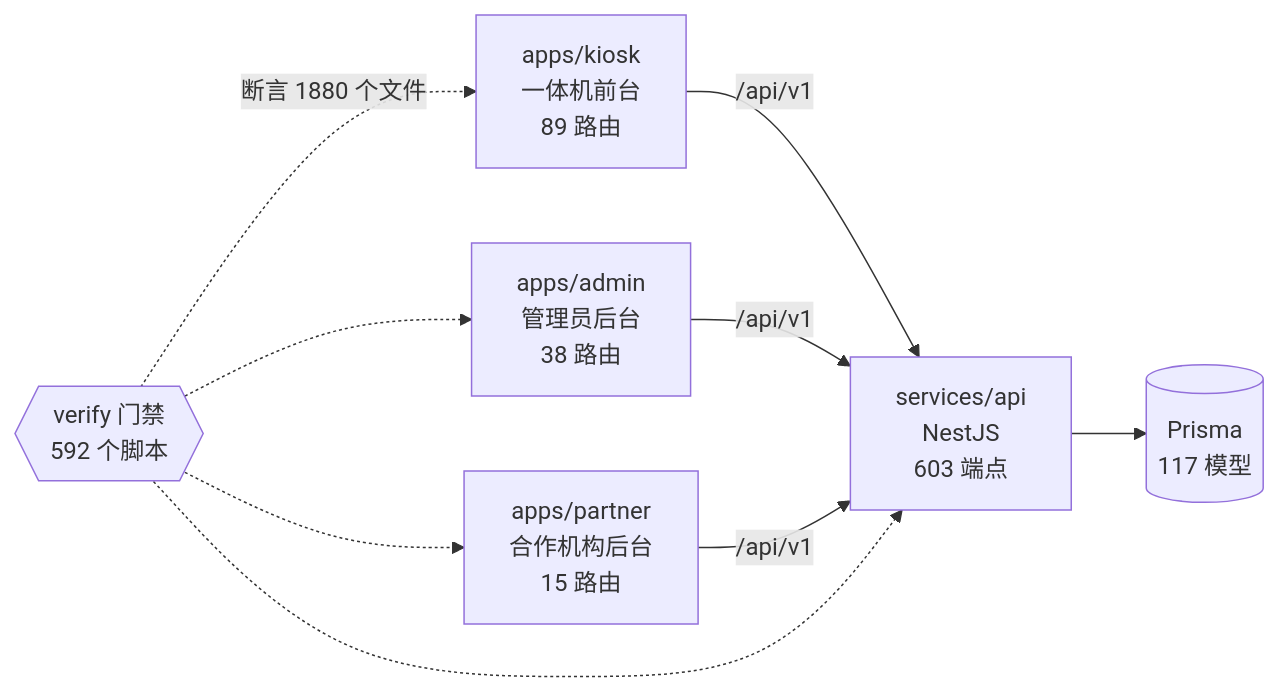
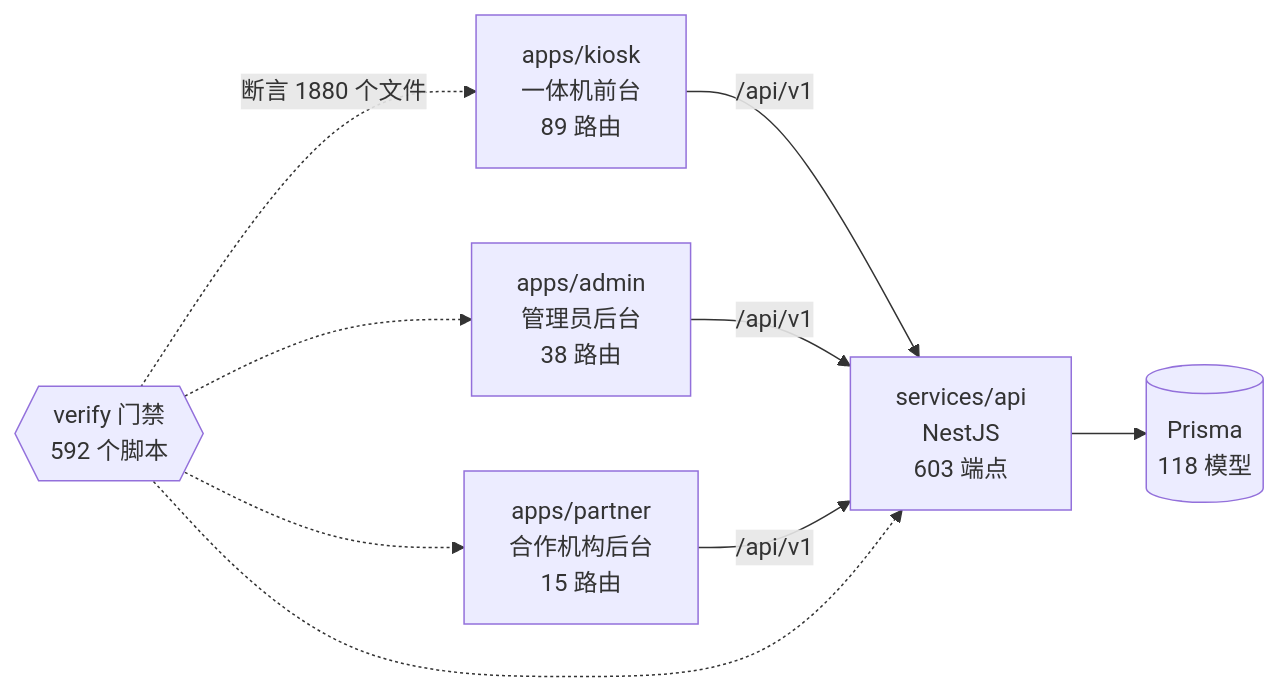
Before and after one commit to wanglei581/YITIJI: the diagram in docs/graph/README.md, drawn with Mermaid. The commit also changed other lines of this file and 23 other files, not shown here.

````diff
--- a/docs/graph/README.md
+++ b/docs/graph/README.md
@@ -68,18 +68,18 @@
 ```mermaid
 flowchart LR
   kiosk["apps/kiosk<br/>一体机前台<br/>89 路由"]
   admin["apps/admin<br/>管理员后台<br/>38 路由"]
   partner["apps/partner<br/>合作机构后台<br/>15 路由"]
   api["services/api<br/>NestJS<br/>603 端点"]
-  db[("Prisma<br/>117 模型")]
+  db[("Prisma<br/>118 模型")]
   gates{{"verify 门禁<br/>592 个脚本"}}
 
   kiosk -->|"/api/v1"| api
   admin -->|"/api/v1"| api
   partner -->|"/api/v1"| api
   api --> db
   gates -.->|"断言 1880 个文件"| kiosk
   gates -.-> admin
   gates -.-> partner
   gates -.-> api
 ```
````
